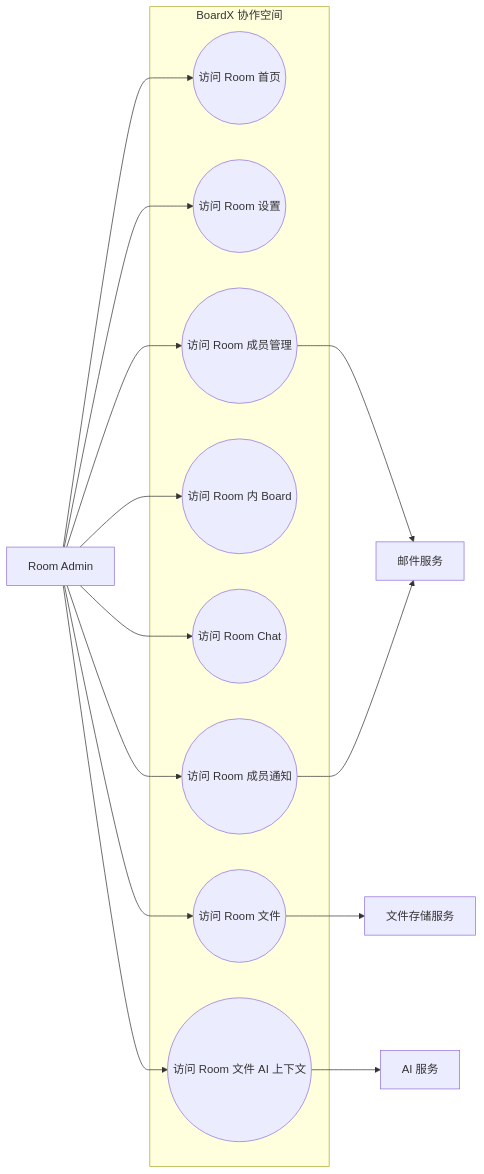
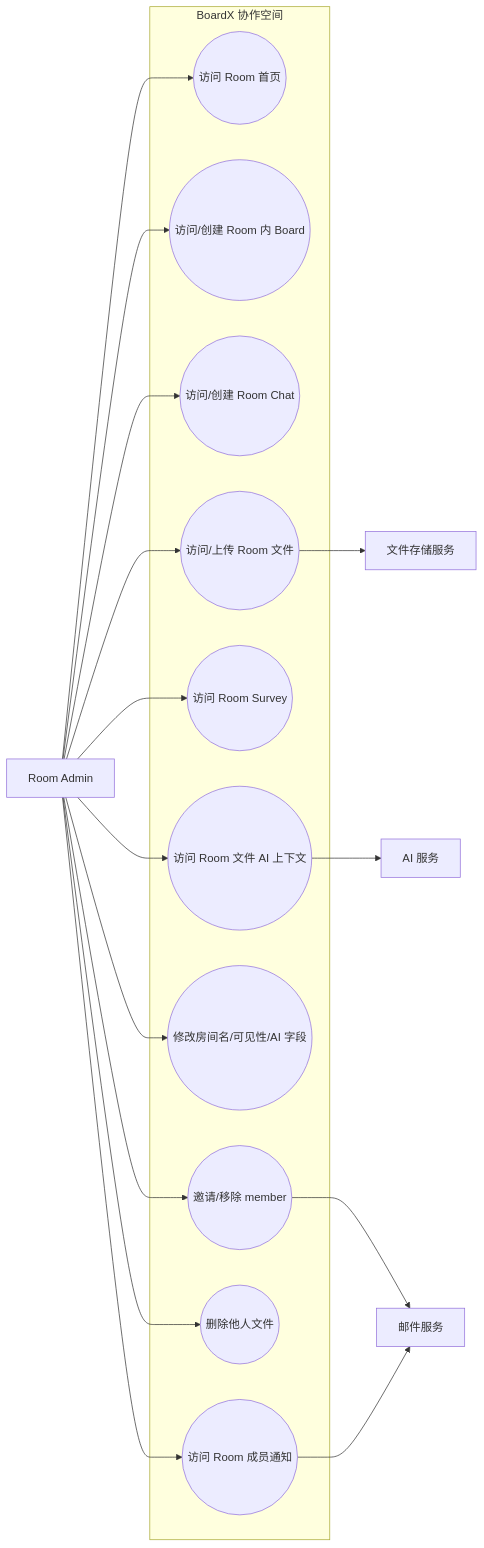
The diagram in phases/requirements/role-diagrams/room-admin.md (boardx/boardx-dev-template), drawn with Mermaid before and after one commit. The commit also changed other lines of this file and 10 other files, not shown here.

````diff
--- a/phases/requirements/role-diagrams/room-admin.md
+++ b/phases/requirements/role-diagrams/room-admin.md
@@ -5,32 +7,36 @@
 ```mermaid
 flowchart LR
   RoomAdmin["Room Admin"]
   Mail["邮件服务"]
   Storage["文件存储服务"]
   AI["AI 服务"]
 
   subgraph BoardX["BoardX 协作空间"]
     RoomHome(("访问 Room 首页"))
-    RoomSettings(("访问 Room 设置"))
-    RoomMemberAdmin(("访问 Room 成员管理"))
-    RoomBoard(("访问 Room 内 Board"))
-    RoomChat(("访问 Room Chat"))
-    RoomFiles(("访问 Room 文件"))
+    RoomBoard(("访问/创建 Room 内 Board"))
+    RoomChat(("访问/创建 Room Chat"))
+    RoomFiles(("访问/上传 Room 文件"))
+    RoomSurvey(("访问 Room Survey"))
     RoomAIContext(("访问 Room 文件 AI 上下文"))
+    RoomSettings(("修改房间名/可见性/AI 字段"))
+    InviteMember(("邀请/移除 member"))
+    DeleteOthersFiles(("删除他人文件"))
     Notification(("访问 Room 成员通知"))
   end
 
   RoomAdmin --> RoomHome
-  RoomAdmin --> RoomSettings
-  RoomAdmin --> RoomMemberAdmin
   RoomAdmin --> RoomBoard
   RoomAdmin --> RoomChat
   RoomAdmin --> RoomFiles
+  RoomAdmin --> RoomSurvey
   RoomAdmin --> RoomAIContext
+  RoomAdmin --> RoomSettings
+  RoomAdmin --> InviteMember
+  RoomAdmin --> DeleteOthersFiles
   RoomAdmin --> Notification
 
-  RoomMemberAdmin --> Mail
+  InviteMember --> Mail
   Notification --> Mail
   RoomFiles --> Storage
   RoomAIContext --> AI
 ```
````
